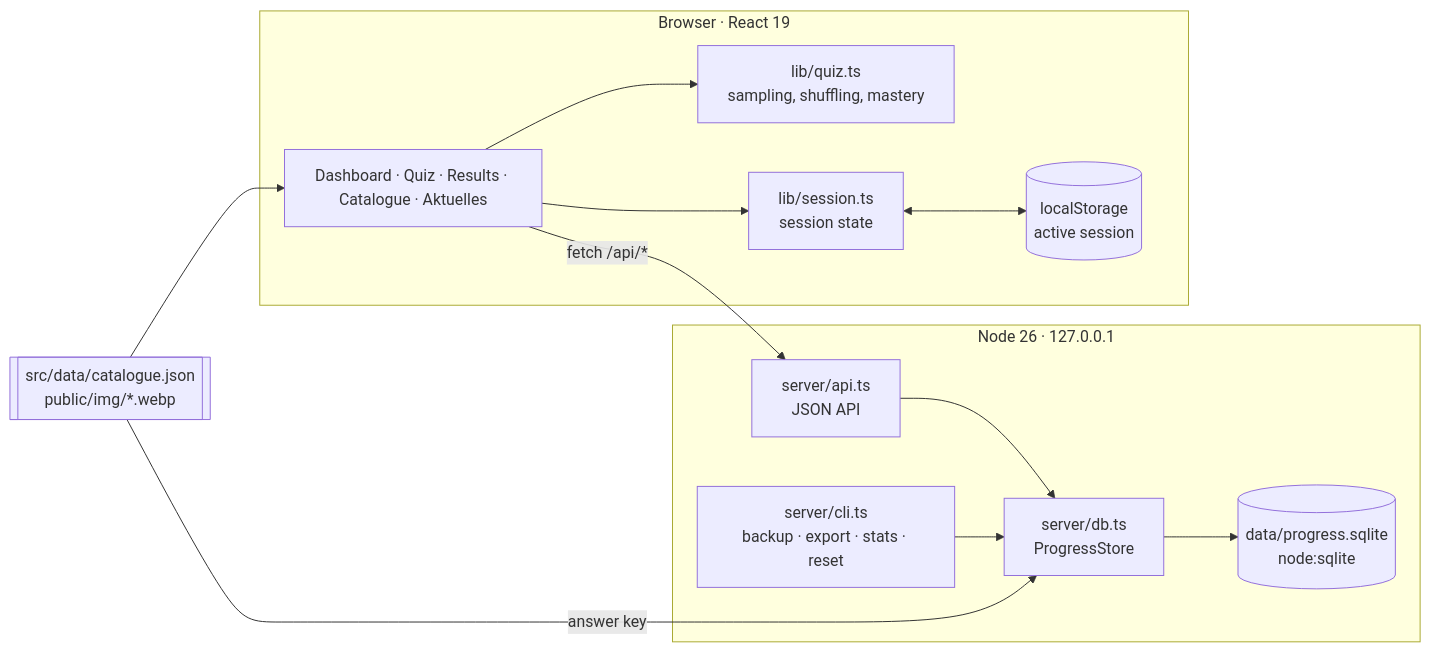
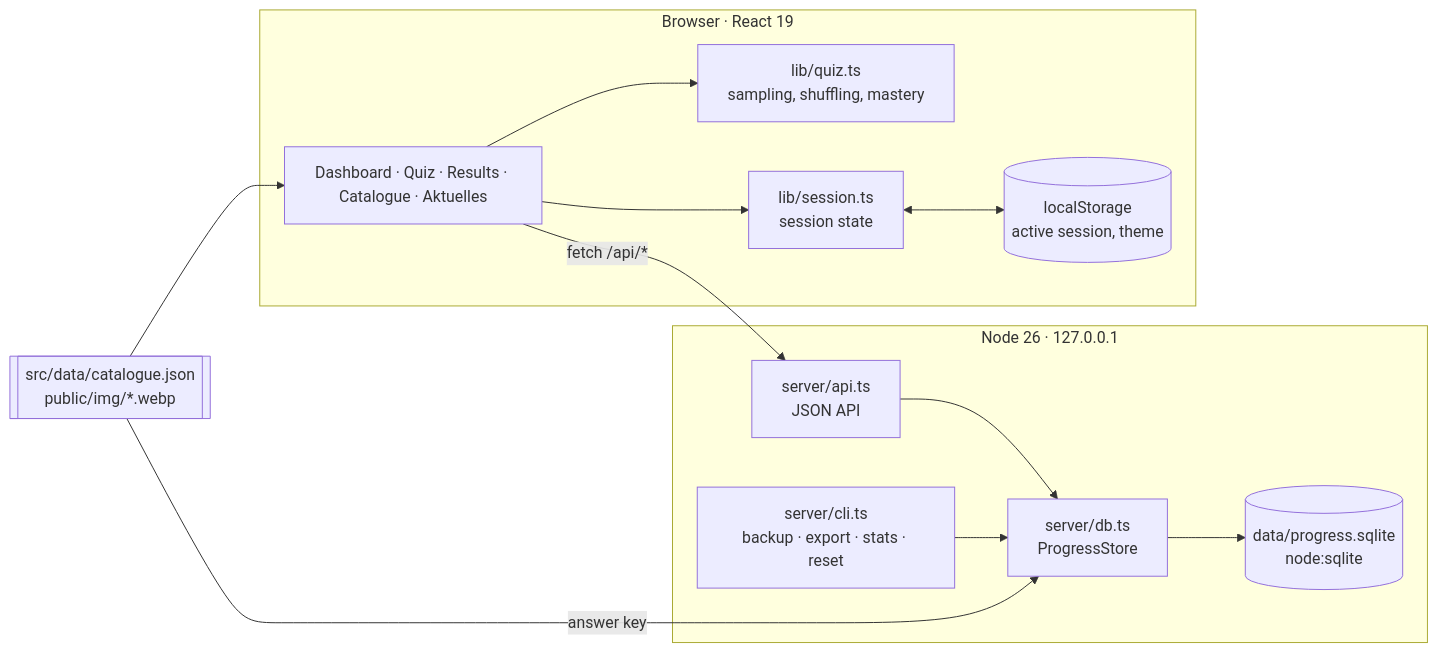
Before and after one commit to IndrajeetPatil/einbuergerungstest: the first of 2 diagrams in docs/architecture.md, drawn with Mermaid. The commit also changed other lines of this file and 16 other files, not shown here.

````diff
--- a/docs/architecture.md
+++ b/docs/architecture.md
@@ -9,27 +9,27 @@
 ```mermaid
 flowchart LR
   subgraph Browser["Browser · React 19"]
     UI["Dashboard · Quiz · Results · Catalogue · Aktuelles"]
     Logic["lib/quiz.ts<br/>sampling, shuffling, mastery"]
     Session["lib/session.ts<br/>session state"]
-    Local[("localStorage<br/>active session")]
+    Local[("localStorage<br/>active session, theme")]
     UI --> Logic
     UI --> Session
     Session <--> Local
   end
 
   subgraph Server["Node 26 · 127.0.0.1"]
     API["server/api.ts<br/>JSON API"]
     Store["server/db.ts<br/>ProgressStore"]
     DB[("data/progress.sqlite<br/>node:sqlite")]
     CLI["server/cli.ts<br/>backup · export · stats · reset"]
     API --> Store --> DB
     CLI --> Store
   end
 
   Catalogue[["src/data/catalogue.json<br/>public/img/*.webp"]]
 
   UI -- "fetch /api/*" --> API
   Catalogue --> UI
   Catalogue -- "answer key" --> Store
 ```
````
